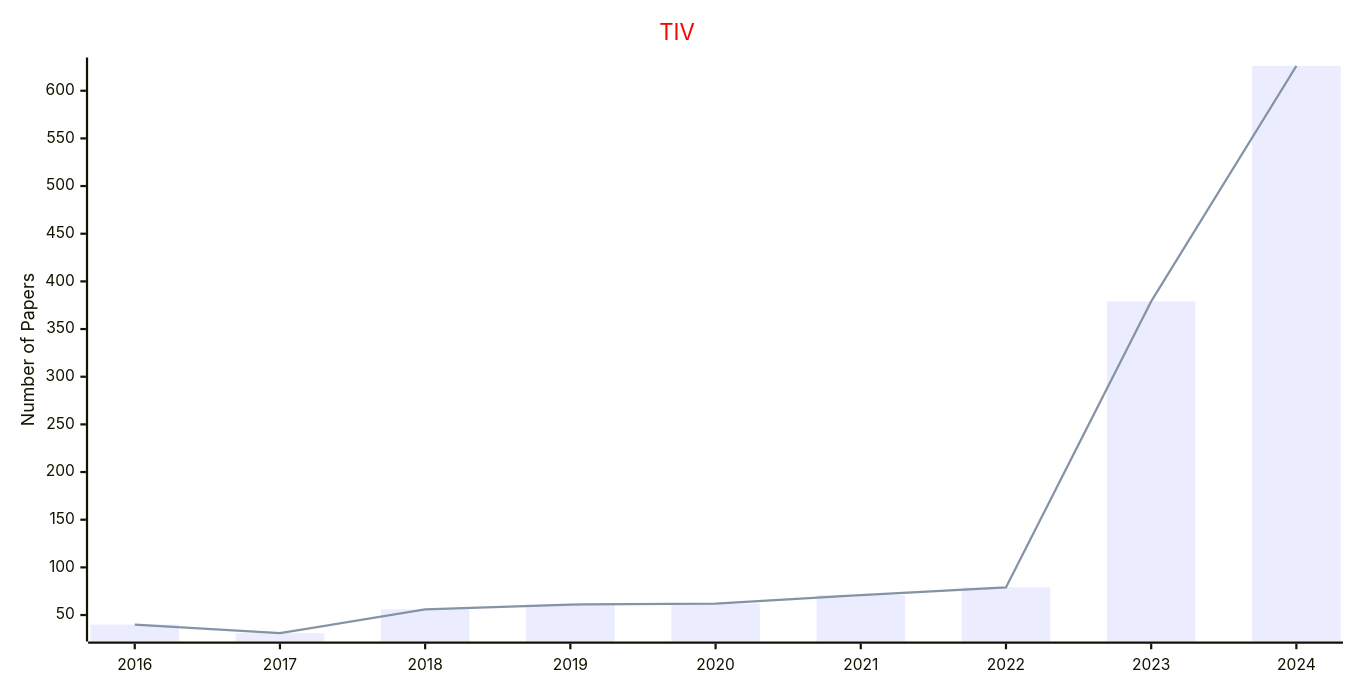
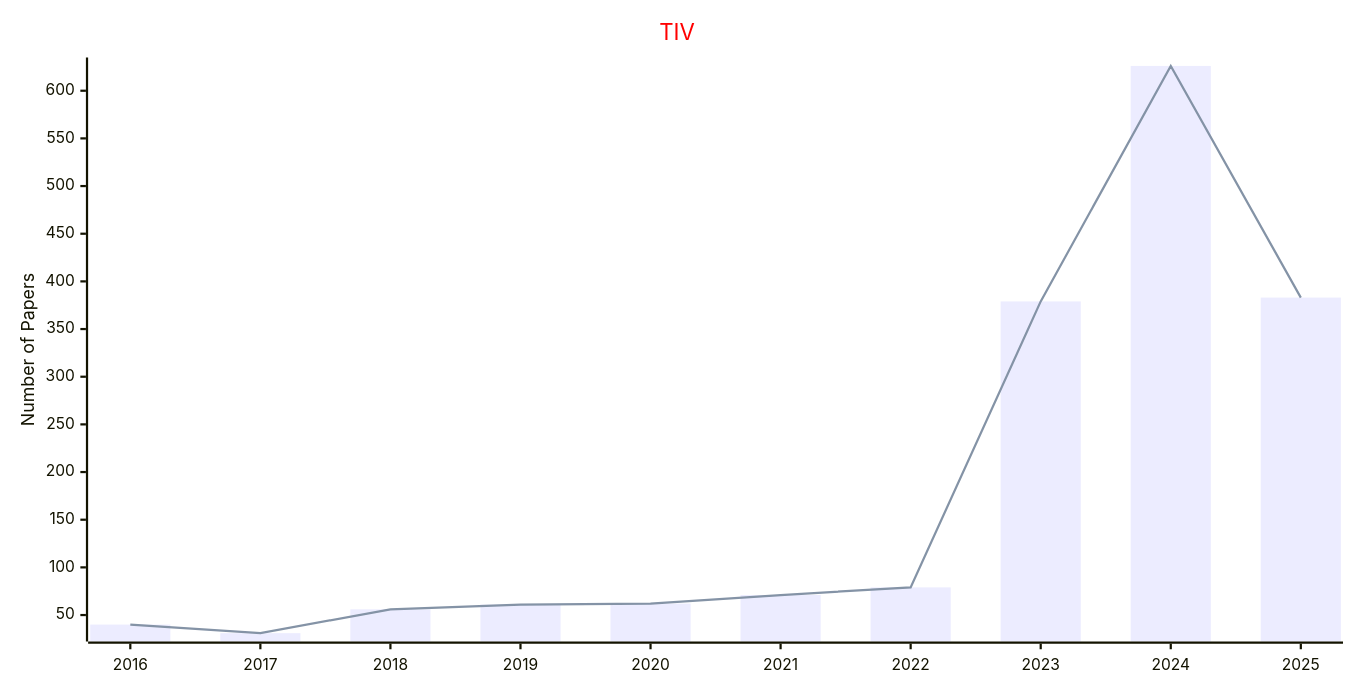
The first of 2 diagrams in docs/data/Journals/Statistics_Journals/Vehicles_and_Vehicular_Systems.md (Easy-PhD/AILinks), drawn with Mermaid before and after one commit. The commit also changed other lines of this file and 107 other files, not shown here.

````diff
--- a/docs/data/Journals/Statistics_Journals/Vehicles_and_Vehicular_Systems.md
+++ b/docs/data/Journals/Statistics_Journals/Vehicles_and_Vehicular_Systems.md
@@ -9,17 +9,17 @@
 ```mermaid
 ---
 config:
     xyChart:
         width: 1200
         height: 600
     themeVariables:
         xyChart:
             titleColor: "#ff0000"
 ---
 xychart-beta
     title "TIV"
-    x-axis [2016, 2017, 2018, 2019, 2020, 2021, 2022, 2023, 2024]
+    x-axis [2016, 2017, 2018, 2019, 2020, 2021, 2022, 2023, 2024, 2025]
     y-axis "Number of Papers"
-    bar [40, 31, 56, 61, 62, 71, 79, 379, 626]
-    line [40, 31, 56, 61, 62, 71, 79, 379, 626]
+    bar [40, 31, 56, 61, 62, 71, 79, 379, 626, 383]
+    line [40, 31, 56, 61, 62, 71, 79, 379, 626, 383]
 ```
````
